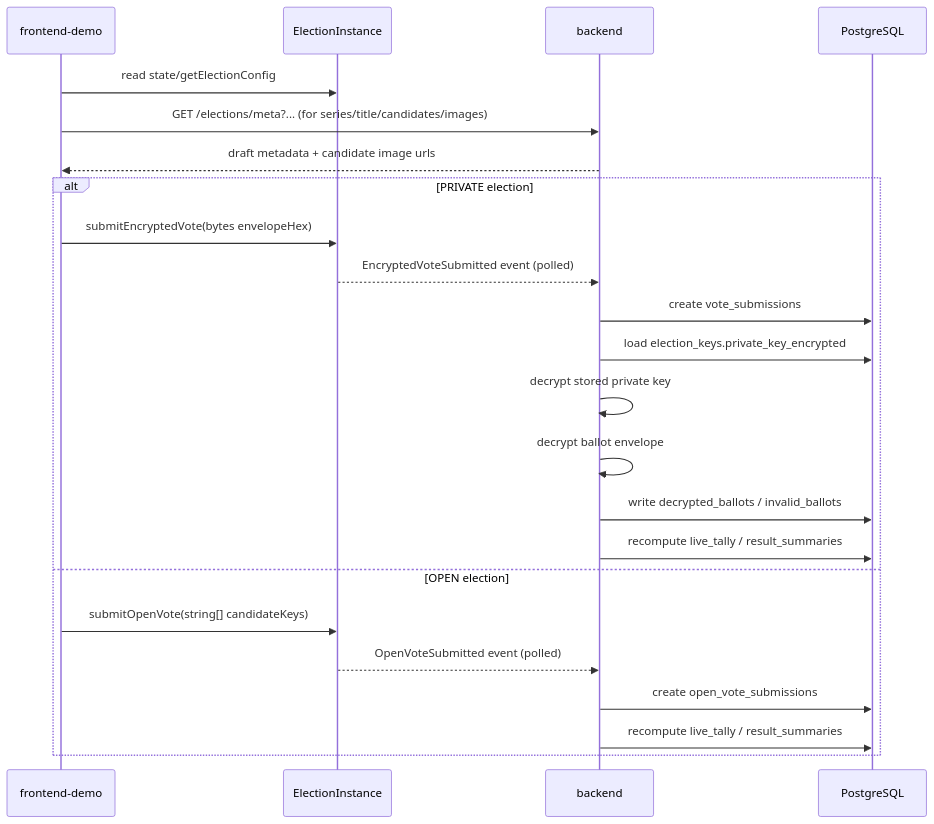
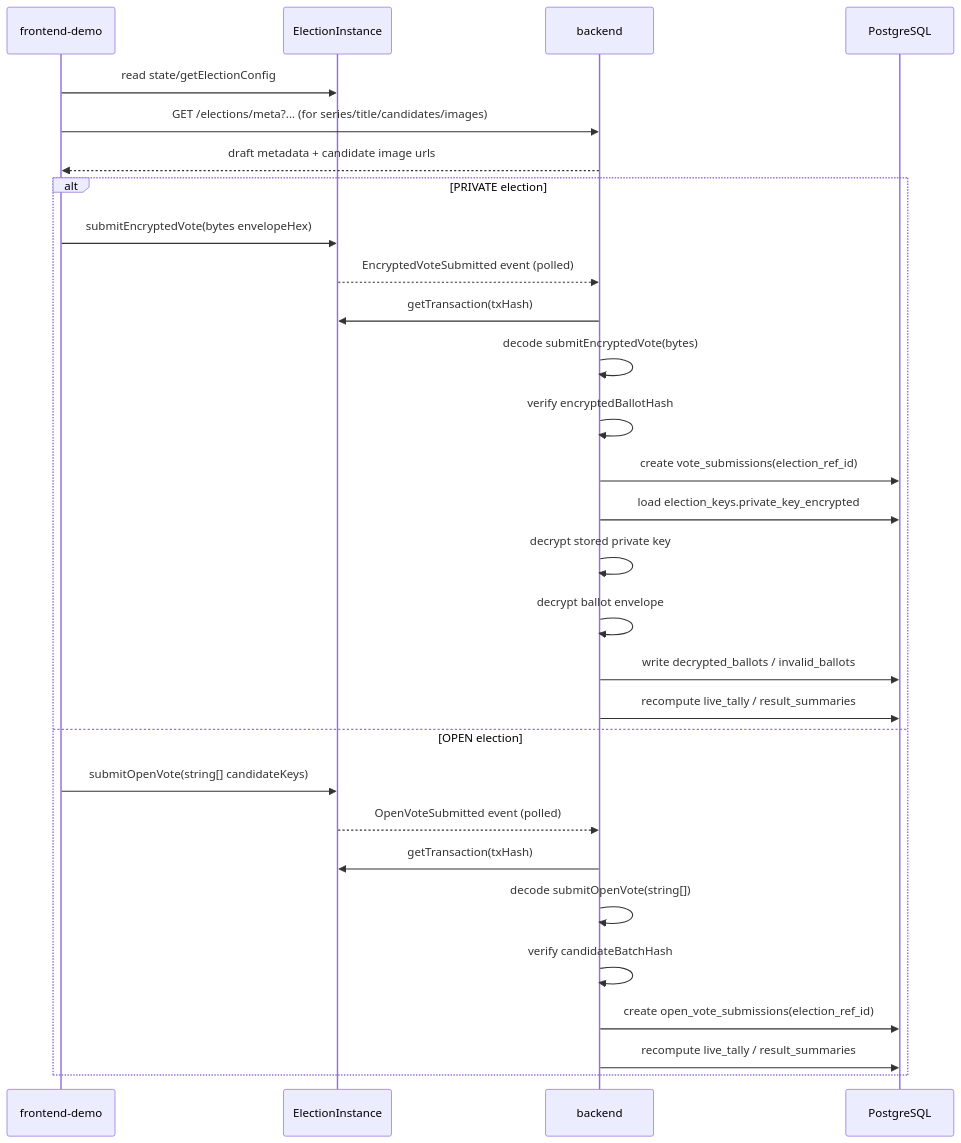
The fourth of 9 diagrams in README.md (VESTAr-BAY/vestar-backend), drawn with Mermaid before and after one commit. The commit also changed other lines of this file and 8 other files, not shown here.

Commit message:
refactor: align backend schema and indexer with current contract flow

````diff
--- a/README.md
+++ b/README.md
@@ -132,27 +147,33 @@
 ```mermaid
 sequenceDiagram
   participant FE as frontend-demo
   participant EL as ElectionInstance
   participant BE as backend
   participant DB as PostgreSQL
 
   FE->>EL: read state/getElectionConfig
   FE->>BE: GET /elections/meta?... (for series/title/candidates/images)
   BE-->>FE: draft metadata + candidate image urls
 
   alt PRIVATE election
     FE->>EL: submitEncryptedVote(bytes envelopeHex)
     EL-->>BE: EncryptedVoteSubmitted event (polled)
-    BE->>DB: create vote_submissions
+    BE->>EL: getTransaction(txHash)
+    BE->>BE: decode submitEncryptedVote(bytes)
+    BE->>BE: verify encryptedBallotHash
+    BE->>DB: create vote_submissions(election_ref_id)
     BE->>DB: load election_keys.private_key_encrypted
     BE->>BE: decrypt stored private key
     BE->>BE: decrypt ballot envelope
     BE->>DB: write decrypted_ballots / invalid_ballots
     BE->>DB: recompute live_tally / result_summaries
   else OPEN election
     FE->>EL: submitOpenVote(string[] candidateKeys)
     EL-->>BE: OpenVoteSubmitted event (polled)
-    BE->>DB: create open_vote_submissions
+    BE->>EL: getTransaction(txHash)
+    BE->>BE: decode submitOpenVote(string[])
+    BE->>BE: verify candidateBatchHash
+    BE->>DB: create open_vote_submissions(election_ref_id)
     BE->>DB: recompute live_tally / result_summaries
   end
 ```
````
